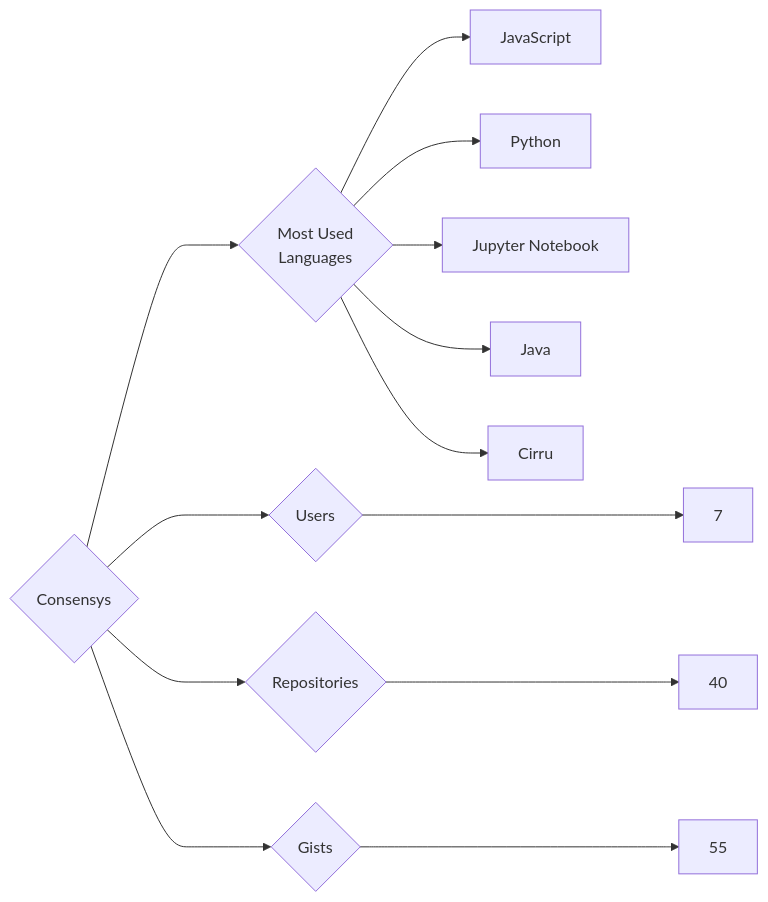
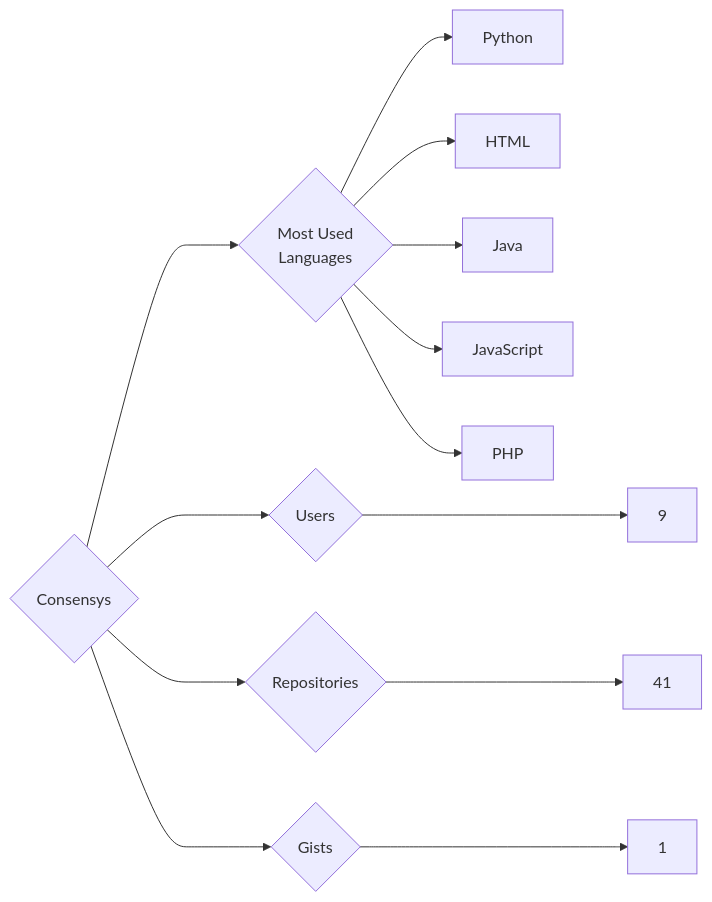
The diagram in targets/Consensys/README.md (trickest/insiders), drawn with Mermaid before and after one commit. The commit also changed 1175 other files, not shown here.

````diff
--- a/targets/Consensys/README.md
+++ b/targets/Consensys/README.md
@@ -3,13 +3,13 @@
 ```mermaid
 graph LR
 COMPANY_NAME{Consensys}
-COMPANY_NAME ---> U{Users} ---> UN[7]
-COMPANY_NAME ---> R{Repositories} ---> RN[40]
-COMPANY_NAME ---> G{Gists} ---> GN[55]
+COMPANY_NAME ---> U{Users} ---> UN[9]
+COMPANY_NAME ---> R{Repositories} ---> RN[41]
+COMPANY_NAME ---> G{Gists} ---> GN[1]
 COMPANY_NAME ---> ML{Most Used<br>Languages}
+ML --> Python[Python]
+ML --> HTML[HTML]
+ML --> Java[Java]
 ML --> JavaScript[JavaScript]
-ML --> Python[Python]
-ML --> Jupyter_Notebook[Jupyter Notebook]
-ML --> Java[Java]
-ML --> Cirru[Cirru]
+ML --> PHP[PHP]
 ```
````
